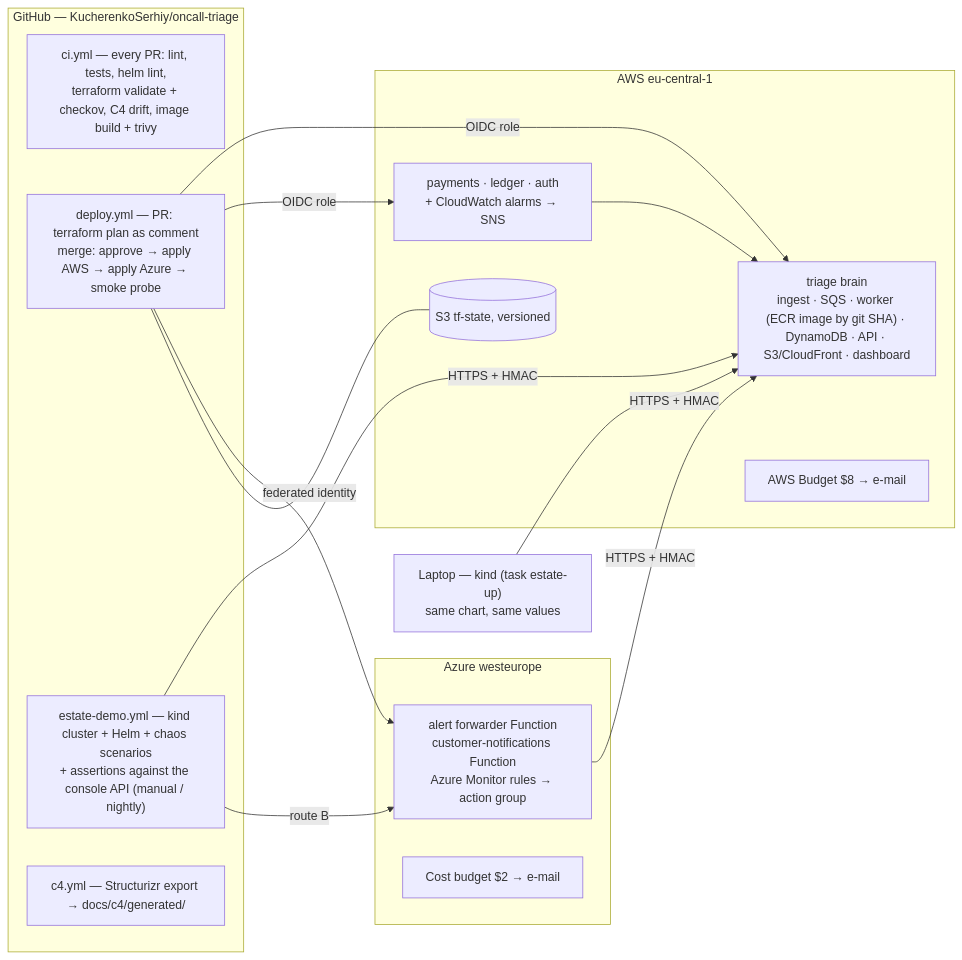
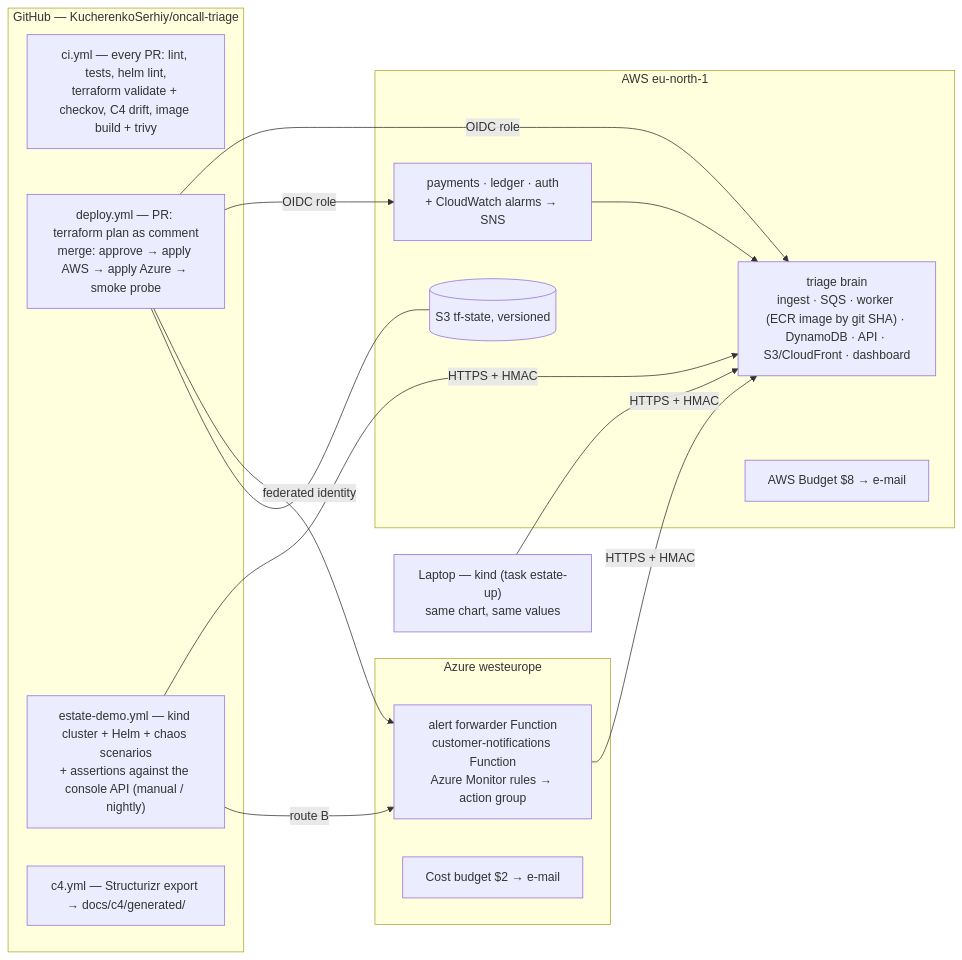
The fourth of 5 diagrams in docs/DESIGN.md (KucherenkoSerhiy/oncall-triage), drawn with Mermaid before and after one commit. The commit also changed other lines of this file and 9 other files, not shown here.

````diff
--- a/docs/DESIGN.md
+++ b/docs/DESIGN.md
@@ -271,28 +271,28 @@
 ```mermaid
 flowchart LR
   subgraph GH["GitHub — KucherenkoSerhiy/oncall-triage"]
     CI["ci.yml — every PR: lint, tests, helm lint,<br/>terraform validate + checkov, C4 drift, image build + trivy"]
     CD["deploy.yml — PR: terraform plan as comment<br/>merge: approve → apply AWS → apply Azure → smoke probe"]
     DEMO["estate-demo.yml — kind cluster + Helm + chaos scenarios<br/>+ assertions against the console API (manual / nightly)"]
     C4["c4.yml — Structurizr export → docs/c4/generated/"]
   end
-  subgraph AWS["AWS eu-central-1"]
+  subgraph AWS["AWS eu-north-1"]
     TFS[("S3 tf-state, versioned")]
     BRAIN["triage brain<br/>ingest · SQS · worker (ECR image by git SHA) · DynamoDB · API · S3/CloudFront · dashboard"]
     SVCA["payments · ledger · auth<br/>+ CloudWatch alarms → SNS"]
     BUD["AWS Budget $8 → e-mail"]
   end
   subgraph AZ["Azure westeurope"]
     FWD["alert forwarder Function<br/>customer-notifications Function<br/>Azure Monitor rules → action group"]
     BUDZ["Cost budget $2 → e-mail"]
   end
   LAP["Laptop — kind (task estate-up)<br/>same chart, same values"]
   CD -->|OIDC role| BRAIN & SVCA
   CD -->|federated identity| FWD
   CD --- TFS
   DEMO -->|HTTPS + HMAC| BRAIN
   DEMO -->|route B| FWD
   LAP -->|HTTPS + HMAC| BRAIN
   FWD -->|HTTPS + HMAC| BRAIN
   SVCA --> BRAIN
 ```
````
